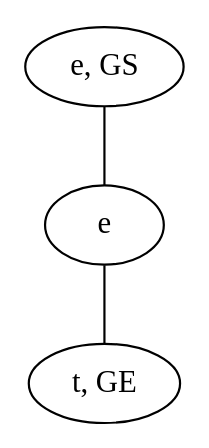
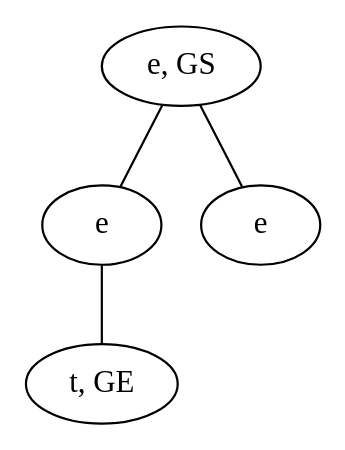
One commit to schrum2/MM-NEAT changed the diagram in data/VGLC/Zelda/rules/1/12_E-t.dot. Above: the diagram before and after it, drawn with Graphviz. The commit also changed 34 other files, not shown here.

```diff
--- a/data/VGLC/Zelda/rules/1/12_E-t.dot
+++ b/data/VGLC/Zelda/rules/1/12_E-t.dot
@@ -1,7 +1,9 @@
 graph {
-VduX [label="e, GS"]
-GulQ [label="t, GE"]
-wwgJ [label="e"]
-VduX -- wwgJ
-wwgJ -- GulQ
+KCAh [label="e, GS"]
+AKOg [label="t, GE"]
+mBAZ [label="e"]
+RJNr [label="e"]
+KCAh -- mBAZ
+KCAh -- RJNr
+mBAZ -- AKOg
 }
```
